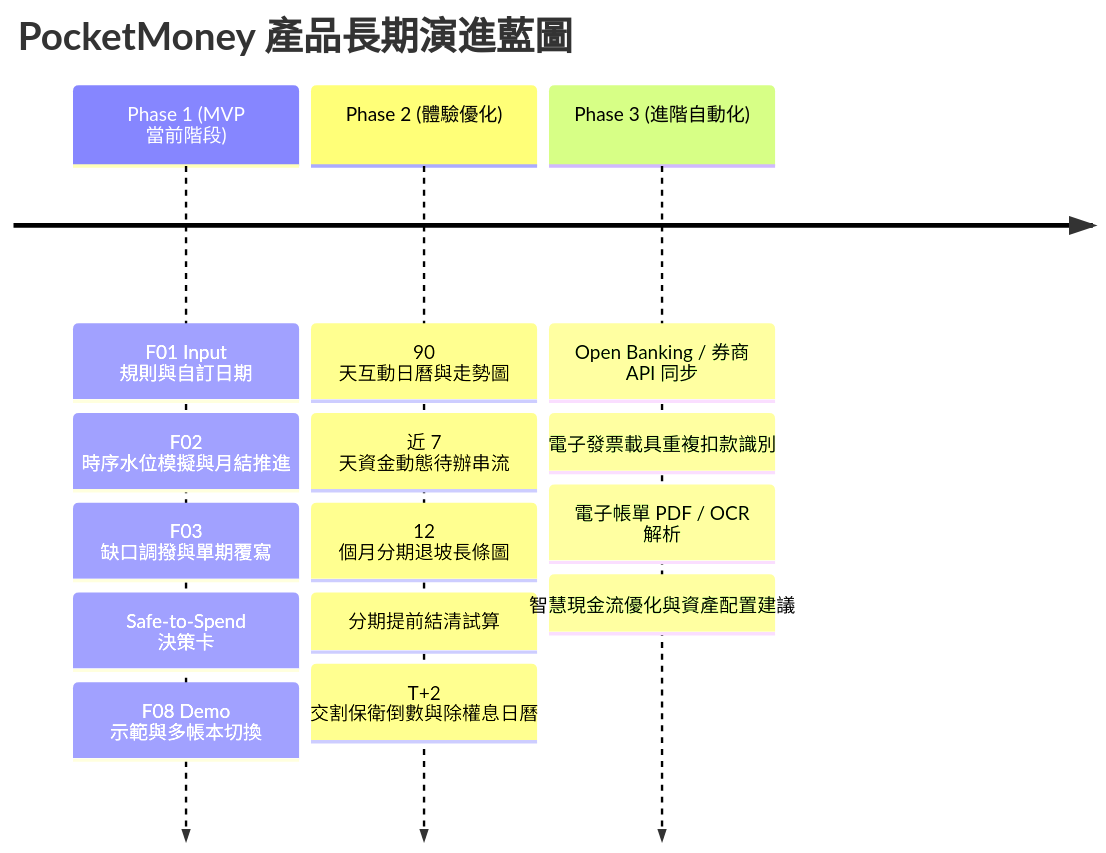
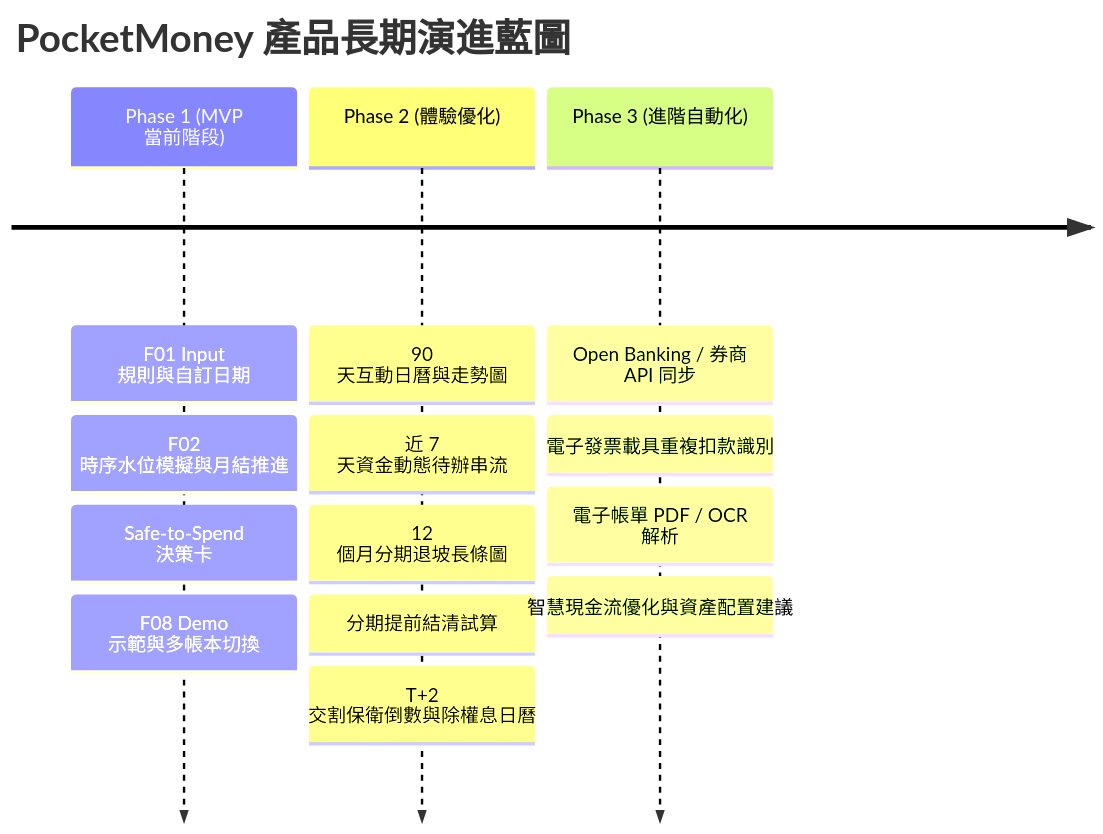
Before and after one commit to wiskinglin/wiskinglin.github.io: the diagram in pocketmoney/BACKLOG.md, drawn with Mermaid. The commit also changed other lines of this file and 8 other files, not shown here.

````diff
--- a/pocketmoney/BACKLOG.md
+++ b/pocketmoney/BACKLOG.md
@@ -67,18 +72,18 @@
 ```mermaid
 timeline
     title PocketMoney 產品長期演進藍圖
     Phase 1 (MVP 當前階段) : F01 Input 規則與自訂日期
                           : F02 時序水位模擬與月結推進
-                          : F03 缺口調撥與單期覆寫
+                          %% F03 缺口調撥與單期覆寫 (已取消)
                           : Safe-to-Spend 決策卡
                           : F08 Demo 示範與多帳本切換
     Phase 2 (體驗優化)    : 90 天互動日曆與走勢圖
                           : 近 7 天資金動態待辦串流
                           : 12 個月分期退坡長條圖
                           : 分期提前結清試算
                           : T+2 交割保衛倒數與除權息日曆
     Phase 3 (進階自動化)  : Open Banking / 券商 API 同步
                           : 電子發票載具重複扣款識別
                           : 電子帳單 PDF / OCR 解析
                           : 智慧現金流優化與資產配置建議
 ```
````
